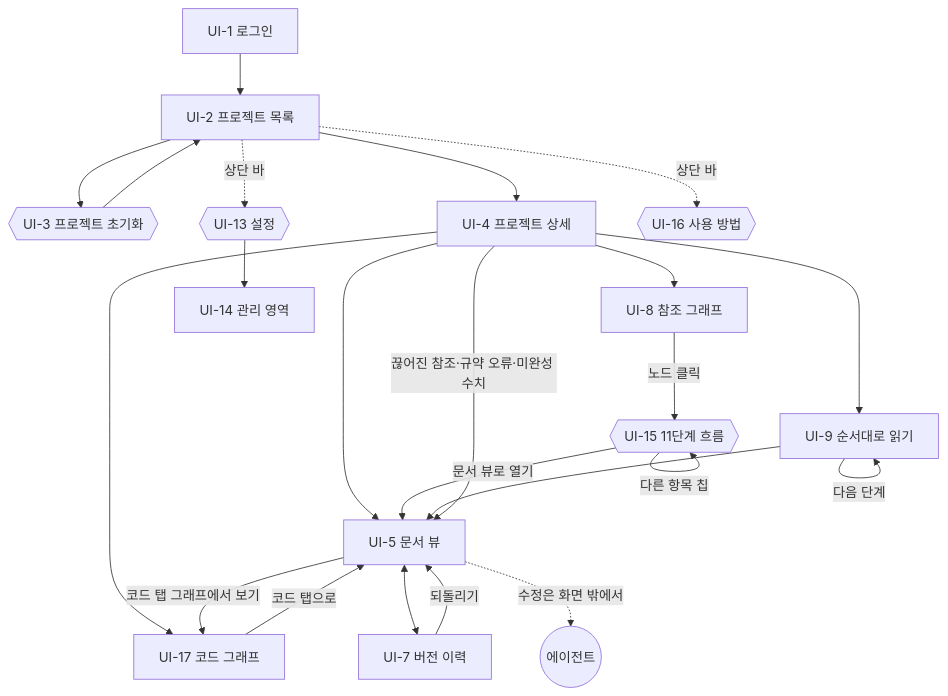
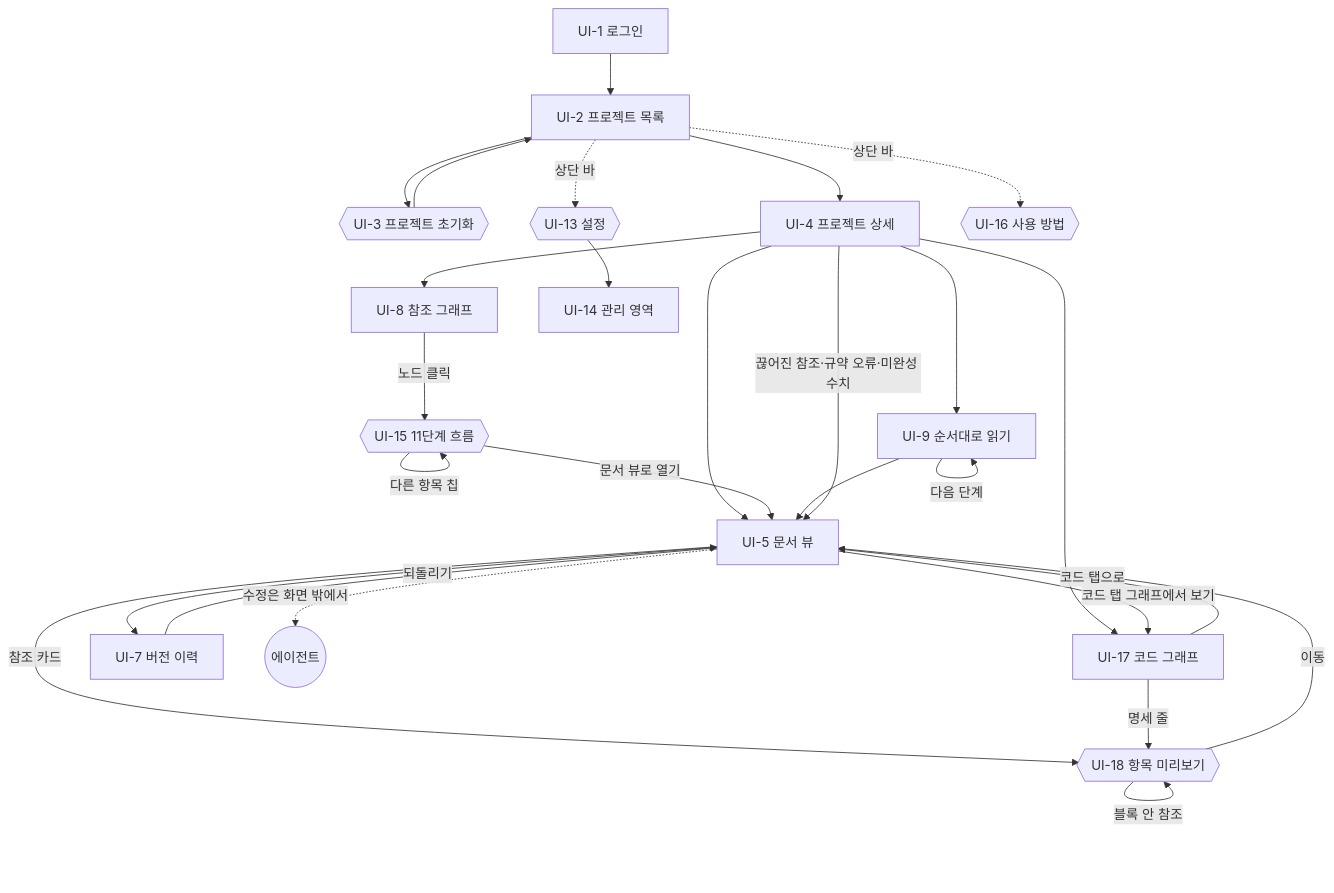
Before and after one commit to HoyoungParkme/syncdoc: the diagram in docs/specs/07-UI/SYNC-UI-001.md, drawn with Mermaid. The commit also changed other lines of this file and 16 other files, not shown here.

````diff
--- a/docs/specs/07-UI/SYNC-UI-001.md
+++ b/docs/specs/07-UI/SYNC-UI-001.md
@@ -262,30 +266,34 @@
 ```mermaid
 flowchart TB
     L[UI-1 로그인] --> PL[UI-2 프로젝트 목록]
     PL --> PI{{UI-3 프로젝트 초기화}}
     PI --> PL
     PL --> PD[UI-4 프로젝트 상세]
     PD --> DV[UI-5 문서 뷰]
     PD --> G[UI-8 참조 그래프]
     PD --> CG[UI-17 코드 그래프]
     PD --> R[UI-9 순서대로 읽기]
     DV -->|코드 탭 그래프에서 보기| CG
     CG -->|코드 탭으로| DV
+    DV -->|참조 카드| PK{{UI-18 항목 미리보기}}
+    CG -->|명세 줄| PK
+    PK -->|이동| DV
+    PK -->|블록 안 참조| PK
 
     DV <--> DH[UI-7 버전 이력]
     DH -->|되돌리기| DV
     G -->|노드 클릭| CH{{UI-15 11단계 흐름}}
     CH -->|문서 뷰로 열기| DV
     CH -->|다른 항목 칩| CH
     R -->|다음 단계| R
     R --> DV
 
     PD -->|끊어진 참조·규약 오류·미완성 수치| DV
     DV -.->|수정은 화면 밖에서| AG((에이전트))
 
     S{{UI-13 설정}} --> A[UI-14 관리 영역]
     HOW{{UI-16 사용 방법}}
 
     PL -.->|상단 바| S
     PL -.->|상단 바| HOW
 ```
````
